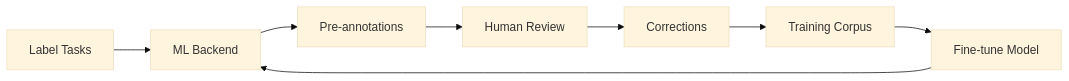
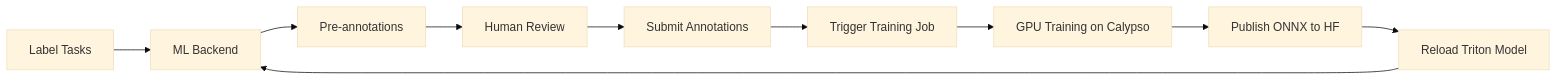
The diagram in scripts/README-ml-backend.md (goldfish-inc/deepseek-ocr-vllm), drawn with Mermaid (base theme) before and after one commit. The commit also changed other lines of this file and 1 other file, not shown here.

First line of the commit message:
docs: update Active Learning pipeline architecture

````diff
--- a/scripts/README-ml-backend.md
+++ b/scripts/README-ml-backend.md
@@ -170,10 +170,12 @@
 ```mermaid
 flowchart LR
     A[Label Tasks] --> B[ML Backend]
     B --> C[Pre-annotations]
     C --> D[Human Review]
-    D --> E[Corrections]
-    E --> F[Training Corpus]
-    F --> G[Fine-tune Model]
-    G --> B
+    D --> E[Submit Annotations]
+    E --> F[Trigger Training Job]
+    F --> G[GPU Training on Calypso]
+    G --> H[Publish ONNX to HF]
+    H --> I[Reload Triton Model]
+    I --> B
 ```
````
